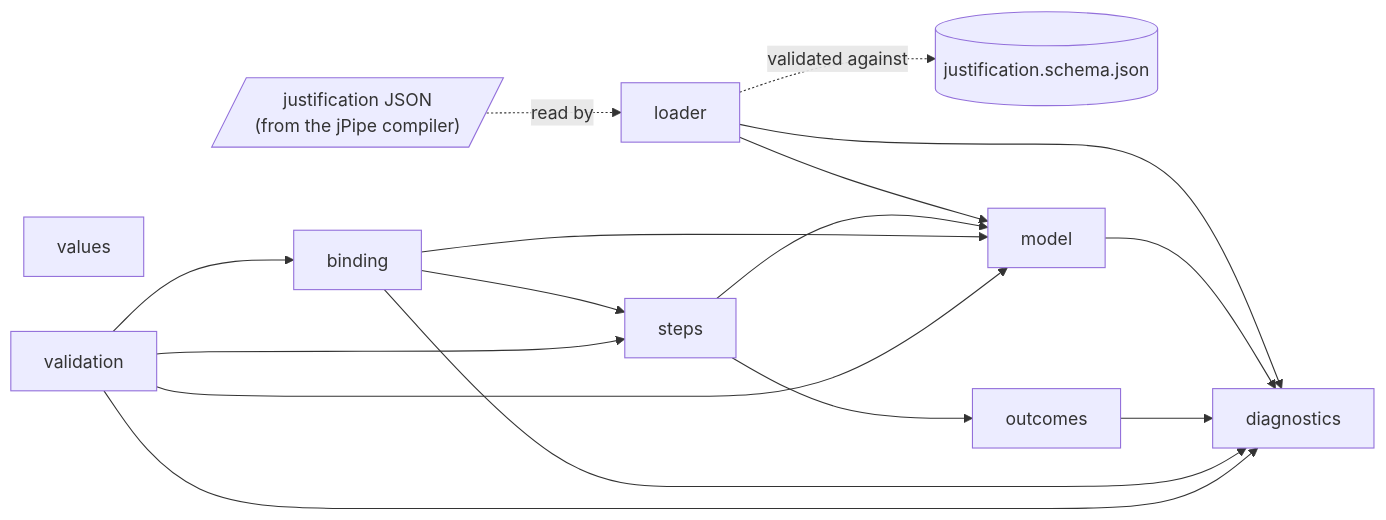
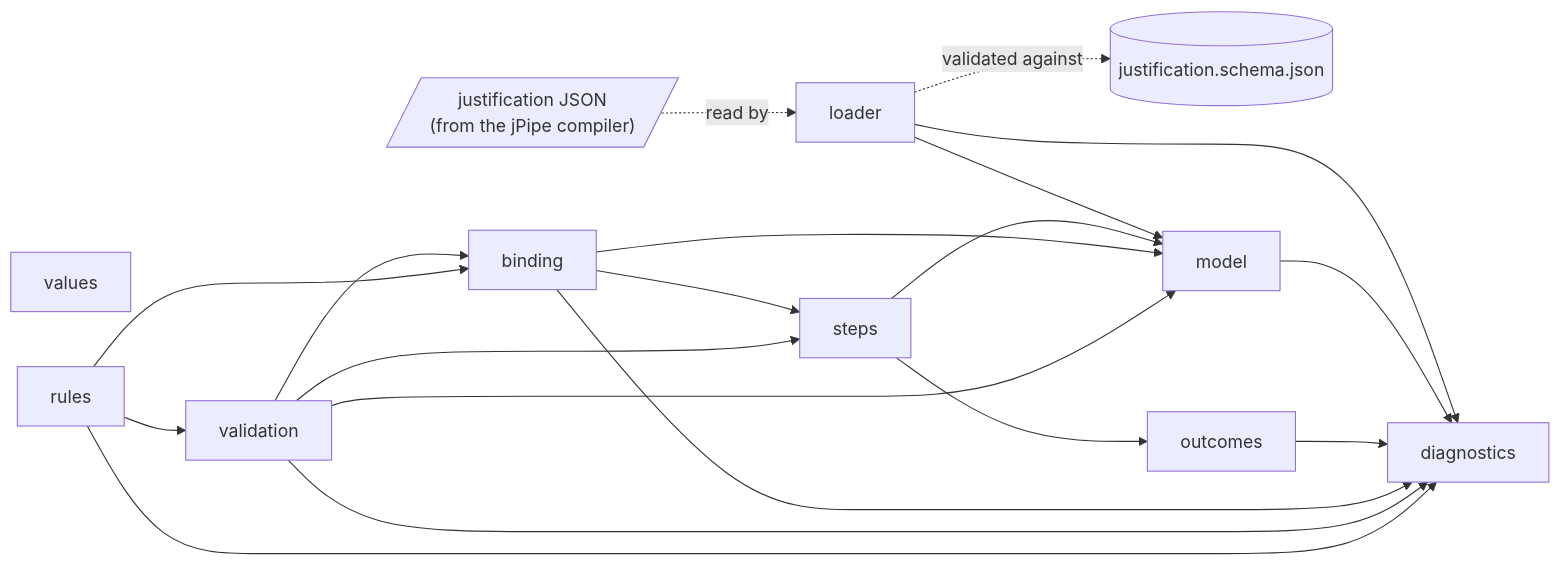
Before and after one commit to jpipe-mcscert/jpipe-runner: the first of 2 diagrams in docs/design.md, drawn with Mermaid. The commit also changed other lines of this file and 14 other files, not shown here.

First line of the commit message:
docs(rules): generate docs/rules.md from the rules, starting with binding's

````diff
--- a/docs/design.md
+++ b/docs/design.md
@@ -8,22 +8,25 @@
 ```mermaid
 flowchart LR
     json[/"justification JSON<br>(from the jPipe compiler)"/]
     schema[("justification.schema.json")]
 
     json -.->|read by| loader
     loader -.->|validated against| schema
     loader --> model
     loader --> diagnostics
     model --> diagnostics
     outcomes --> diagnostics
     steps --> model
     steps --> outcomes
     values[values]
     binding --> model
     binding --> steps
     binding --> diagnostics
     validation --> binding
     validation --> model
     validation --> steps
     validation --> diagnostics
+    rules --> validation
+    rules --> binding
+    rules --> diagnostics
 ```
````
